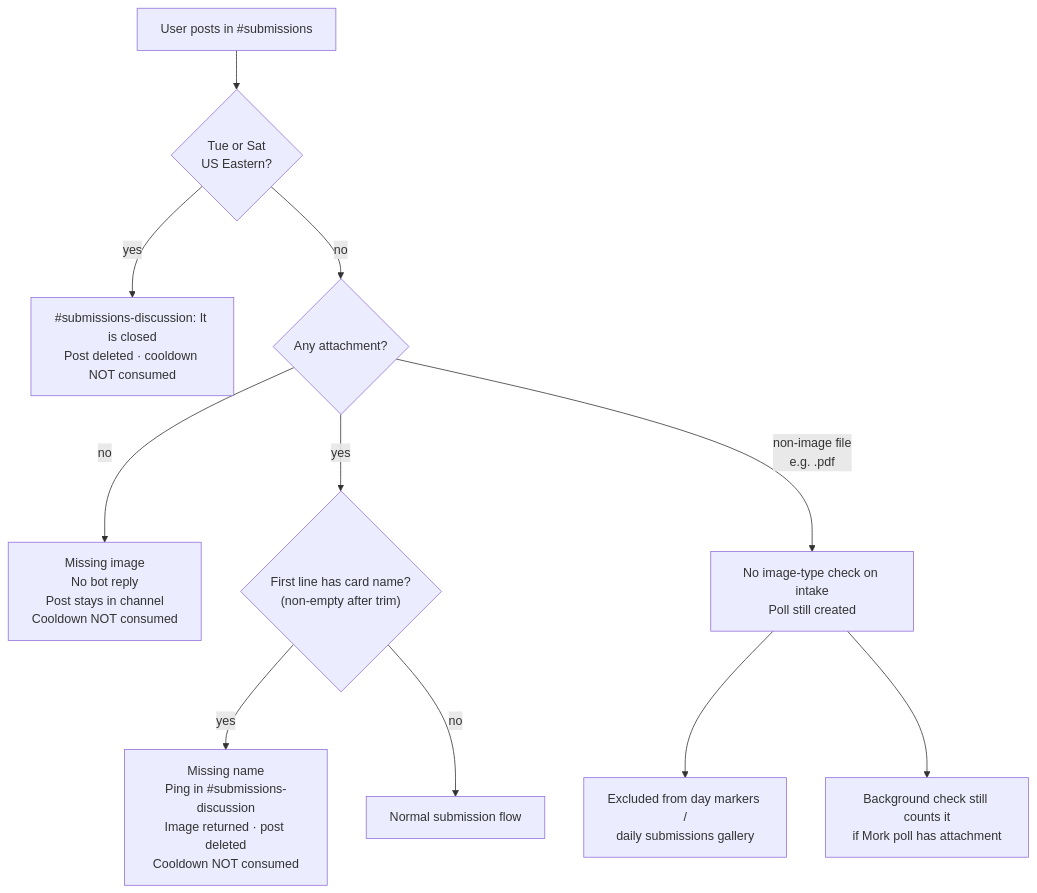
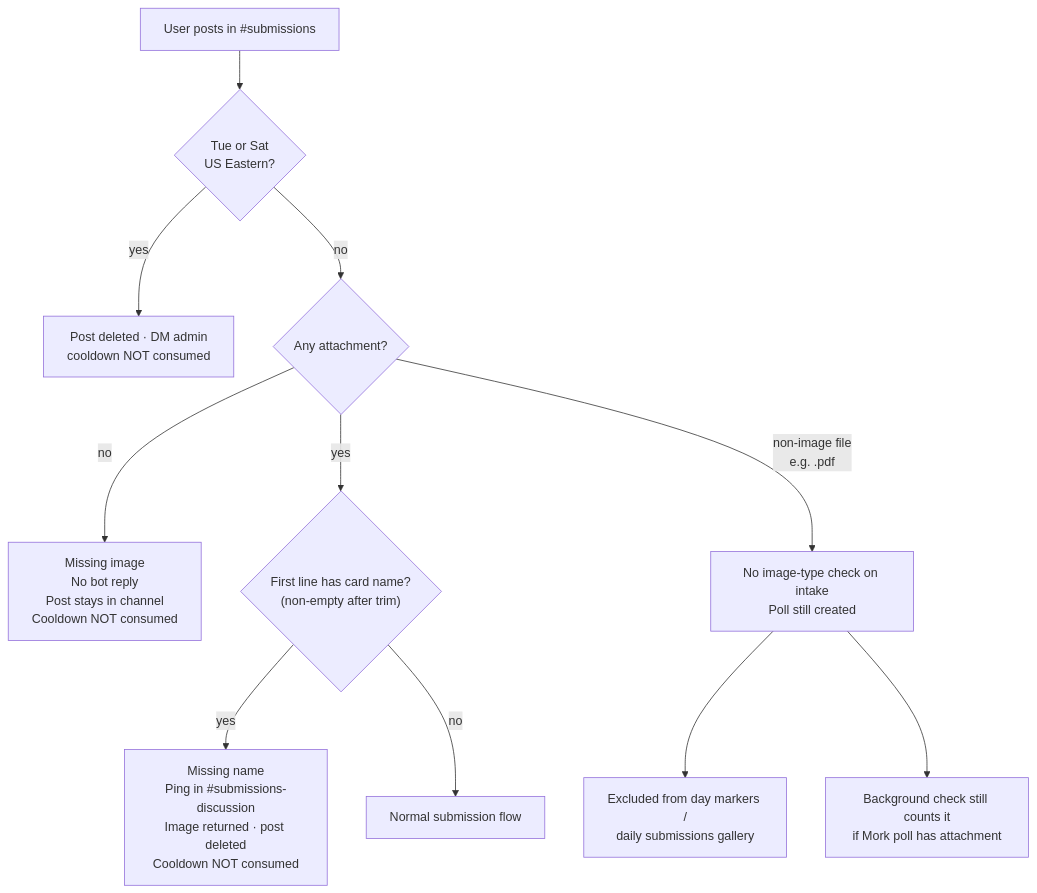
The second of 6 diagrams in docs/card-flows/submissions.md (bones-bones/mork), drawn with Mermaid before and after one commit. The commit also changed other lines of this file and 6 other files, not shown here.

First line of the commit message:
Add submissions gate announcements and closed-day intake DMs.

````diff
--- a/docs/card-flows/submissions.md
+++ b/docs/card-flows/submissions.md
@@ -52,15 +52,15 @@
 ```mermaid
 flowchart TD
   POST["User posts in #submissions"] --> CLOSED{"Tue or Sat<br/>US Eastern?"}
-  CLOSED -->|yes| CL["#submissions-discussion: It is closed<br/>Post deleted · cooldown NOT consumed"]
+  CLOSED -->|yes| CL["Post deleted · DM admin<br/>cooldown NOT consumed"]
   CLOSED -->|no| A{"Any attachment?"}
 
   A -->|no| MI["Missing image<br/>No bot reply<br/>Post stays in channel<br/>Cooldown NOT consumed"]
   A -->|yes| B{"First line has card name?<br/>(non-empty after trim)"}
   B -->|yes| NN["Missing name<br/>Ping in #submissions-discussion<br/>Image returned · post deleted<br/>Cooldown NOT consumed"]
   B -->|no| OK["Normal submission flow"]
 
   A -->|non-image file<br/>e.g. .pdf| NI["No image-type check on intake<br/>Poll still created"]
   NI --> GAL["Excluded from day markers /<br/>daily submissions gallery"]
   NI --> CHK["Background check still counts it<br/>if Mork poll has attachment"]
 ```
````
